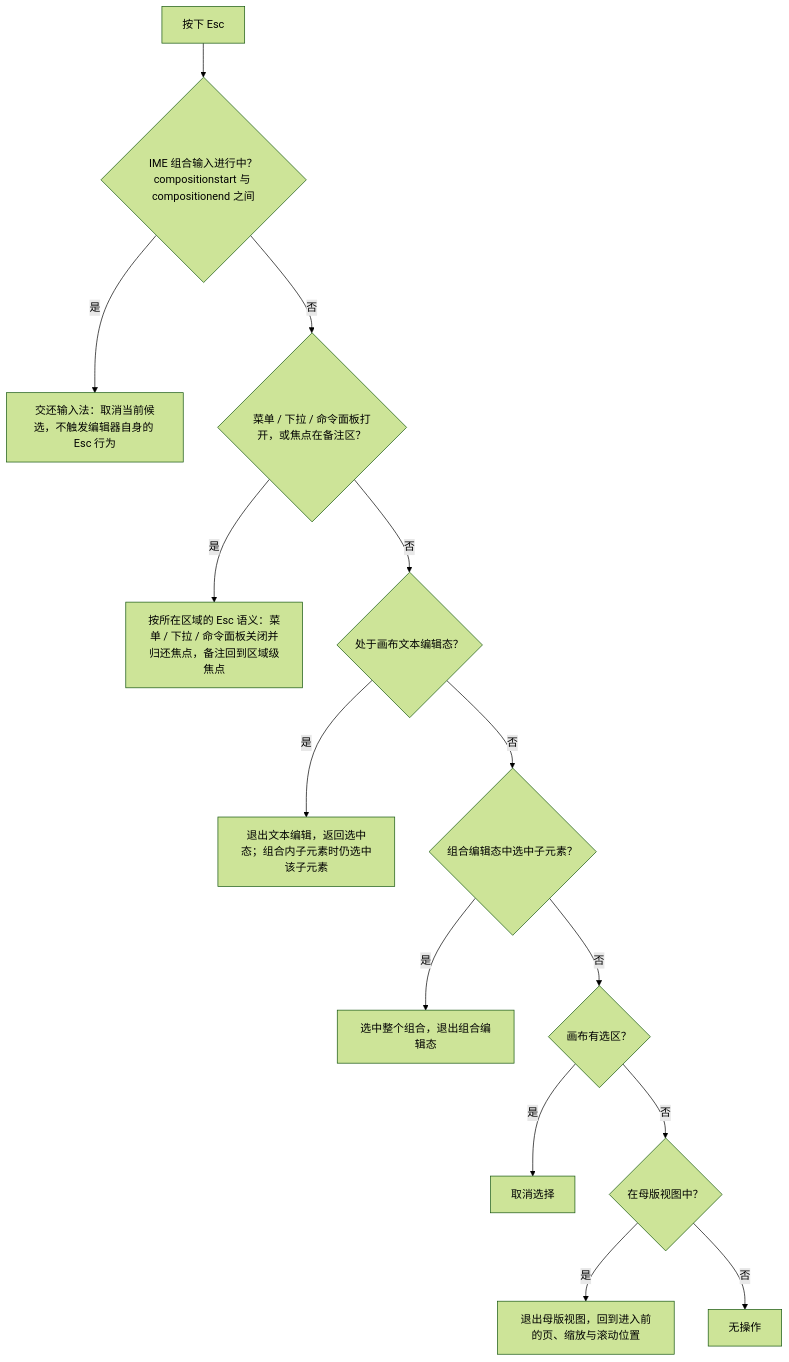
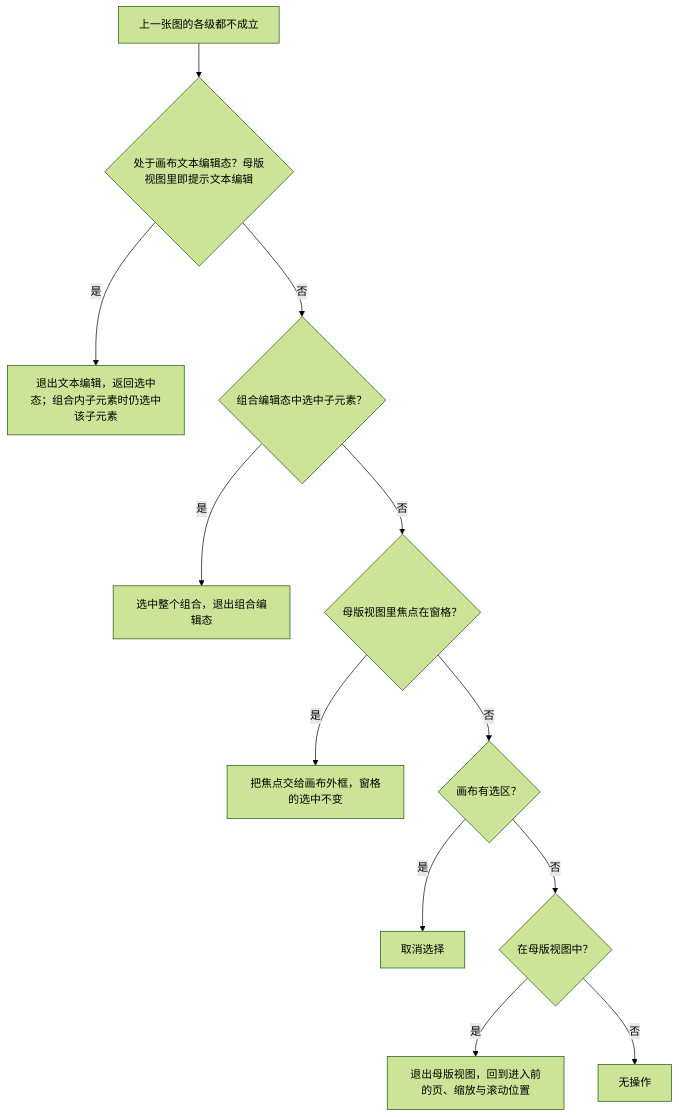
Before and after one commit to Xeonice/cordis-ppt-editor: the fifth of 5 diagrams in docs/20-design/07-accessibility-and-i18n.md, drawn with Mermaid (forest theme). The commit also changed other lines of this file and 44 other files, not shown here.

````diff
--- a/docs/20-design/07-accessibility-and-i18n.md
+++ b/docs/20-design/07-accessibility-and-i18n.md
@@ -133,30 +349,26 @@
 ```mermaid
 flowchart TB
-  esc["按下 Esc"]
-  q1{"IME 组合输入进行中？compositionstart 与 compositionend 之间"}
-  ime["交还输入法：取消当前候选，不触发编辑器自身的 Esc 行为"]
-  qPop{"菜单 / 下拉 / 命令面板打开，或焦点在备注区？"}
-  other["按所在区域的 Esc 语义：菜单 / 下拉 / 命令面板关闭并归还焦点，备注回到区域级焦点"]
-  q2{"处于画布文本编辑态？"}
+  start["上一张图的各级都不成立"]
+  q2{"处于画布文本编辑态？母版视图里即提示文本编辑"}
   exitEdit["退出文本编辑，返回选中态；组合内子元素时仍选中该子元素"]
   q3{"组合编辑态中选中子元素？"}
   selGroup["选中整个组合，退出组合编辑态"]
+  qPane{"母版视图里焦点在窗格？"}
+  pane["把焦点交给画布外框，窗格的选中不变"]
   q4{"画布有选区？"}
   deselect["取消选择"]
   q5{"在母版视图中？"}
   exitMaster["退出母版视图，回到进入前的页、缩放与滚动位置"]
   noop["无操作"]
-  esc --> q1
-  q1 -->|"是"| ime
-  q1 -->|"否"| qPop
-  qPop -->|"是"| other
-  qPop -->|"否"| q2
+  start --> q2
   q2 -->|"是"| exitEdit
   q2 -->|"否"| q3
   q3 -->|"是"| selGroup
-  q3 -->|"否"| q4
+  q3 -->|"否"| qPane
+  qPane -->|"是"| pane
+  qPane -->|"否"| q4
   q4 -->|"是"| deselect
   q4 -->|"否"| q5
   q5 -->|"是"| exitMaster
   q5 -->|"否"| noop
 ```
````
